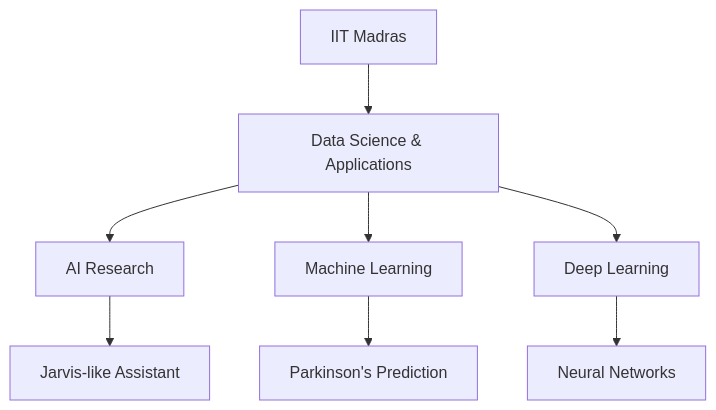
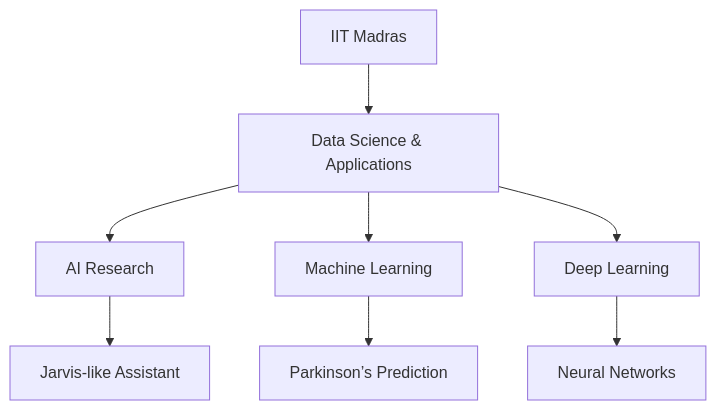
The diagram in README.md (shiva-yadav-ds/shiva-yadav-ds), drawn with Mermaid before and after one commit. The commit also changed other lines of this file, not shown here.

````diff
--- a/README.md
+++ b/README.md
@@ -40,10 +44,10 @@
 ```mermaid
 graph TD
     A[IIT Madras] --> B[Data Science & Applications]
     B --> C[AI Research]
     B --> D[Machine Learning]
     B --> E[Deep Learning]
     C --> F[Jarvis-like Assistant]
-    D --> G[Parkinson's Prediction]
+    D --> G[Parkinson’s Prediction]
     E --> H[Neural Networks]
 ```
````
